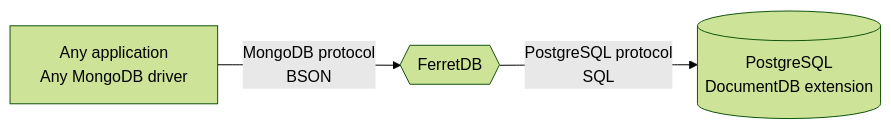
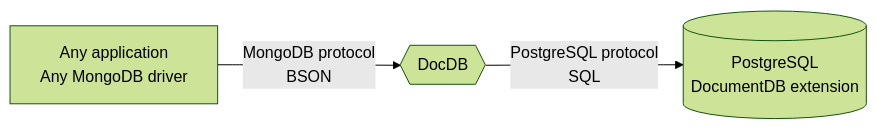
The diagram in README.md (hanzoai/docdb), drawn with Mermaid (forest theme) before and after one commit. The commit also changed other lines of this file and 622 other files, not shown here.

````diff
--- a/README.md
+++ b/README.md
@@ -24,9 +24,9 @@
 ```mermaid
 flowchart LR
   A["Any application<br>Any MongoDB driver"]
-  F{{FerretDB}}
+  F{{DocDB}}
   P[(PostgreSQL<br>DocumentDB extension)]
 
   A -- "MongoDB protocol<br>BSON" --> F
   F -- "PostgreSQL protocol<br>SQL" --> P
 ```
````
